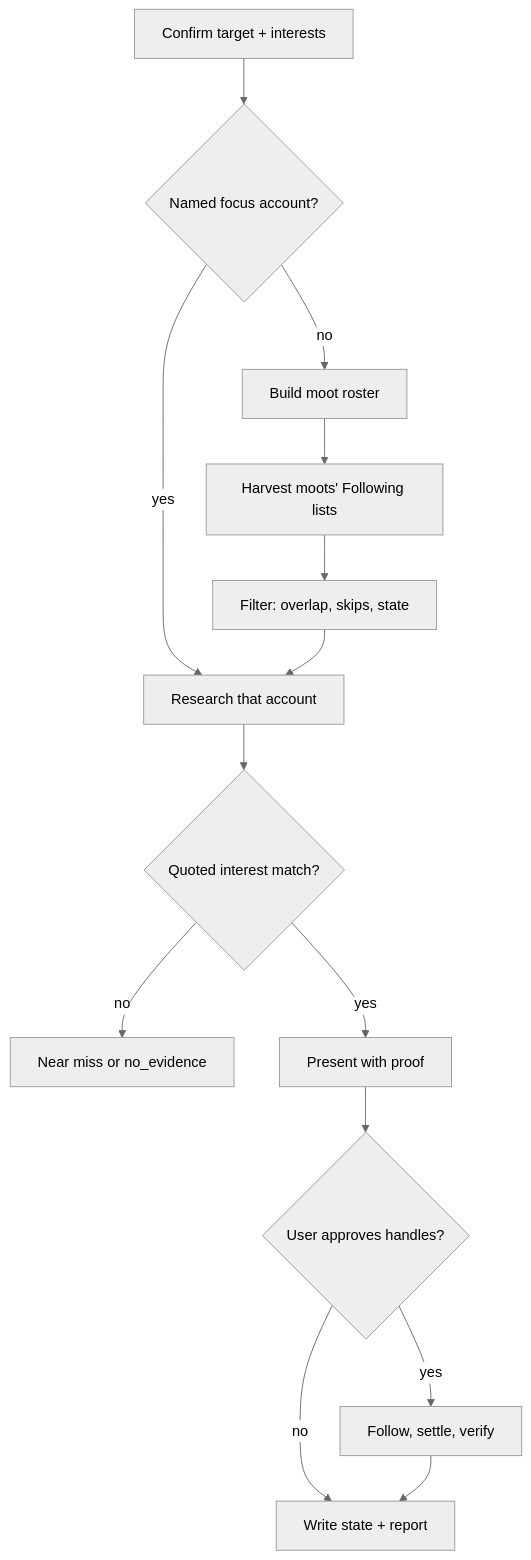
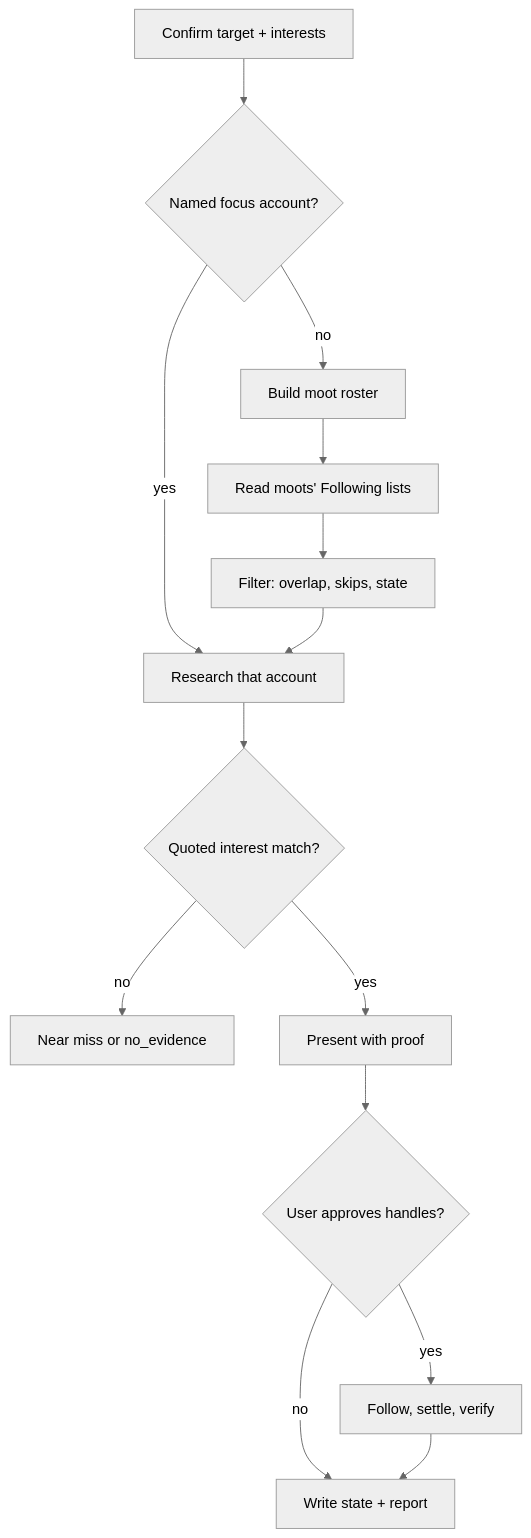
Before and after one commit to johndkane/agent-skills: the first of 2 diagrams in lode/skills/twitter-moot-radar.md, drawn with Mermaid (neutral theme). The commit also changed other lines of this file and 26 other files, not shown here.

````diff
--- a/lode/skills/twitter-moot-radar.md
+++ b/lode/skills/twitter-moot-radar.md
@@ -60,16 +60,16 @@
 ```mermaid
 flowchart TD
     I[Confirm target + interests] --> T{Named focus account?}
     T -- yes --> P[Research that account]
     T -- no --> R[Build moot roster]
-    R --> H[Harvest moots' Following lists]
+    R --> H[Read moots' Following lists]
     H --> F[Filter: overlap, skips, state]
     F --> P
     P --> S{Quoted interest match?}
     S -- no --> N[Near miss or no_evidence]
     S -- yes --> Q[Present with proof]
     Q --> A{User approves handles?}
     A -- no --> W[Write state + report]
     A -- yes --> V[Follow, settle, verify]
     V --> W
 ```
````
